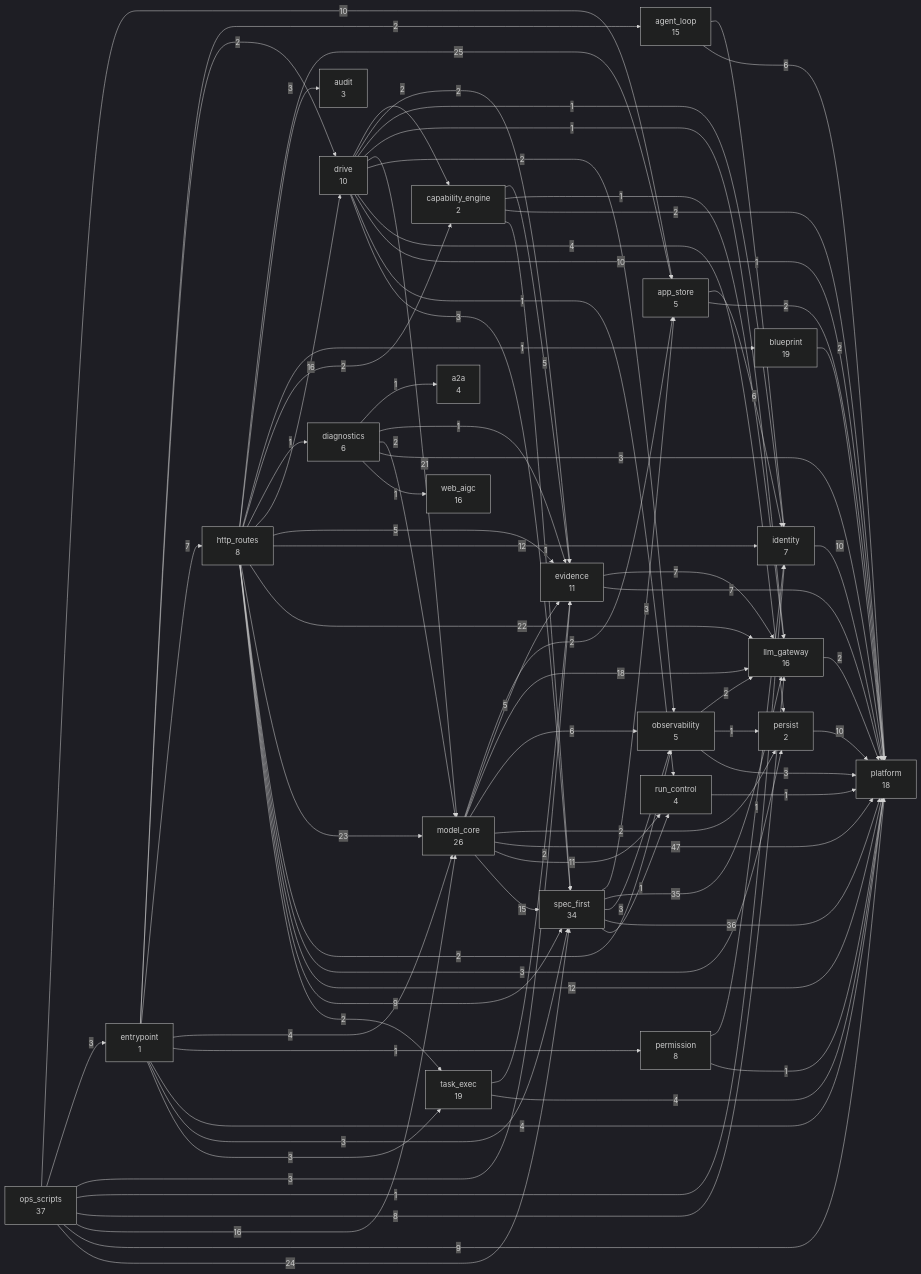
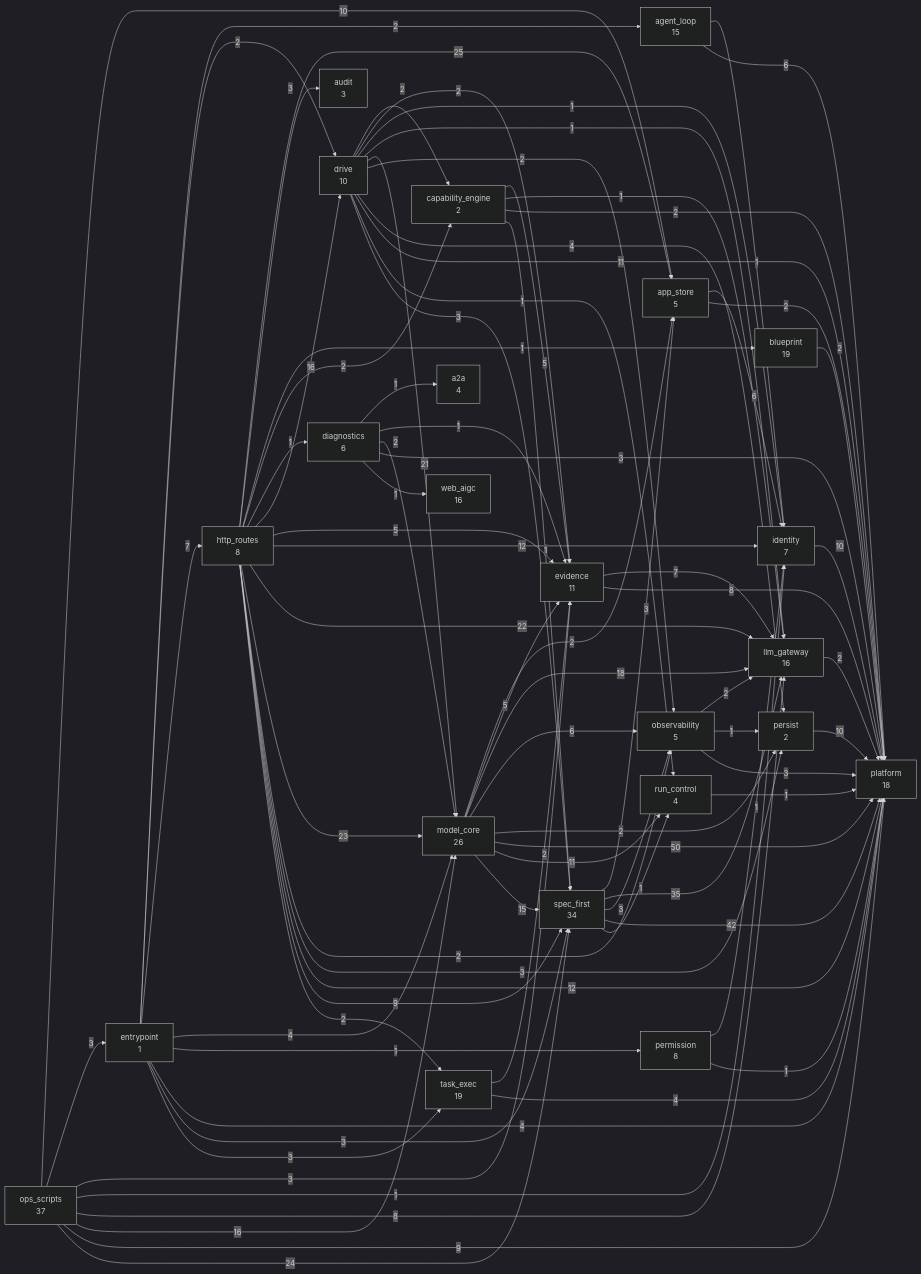
Before and after one commit to 2686521696/WhyBuddy: the second of 2 diagrams in docs/SlideRule V6.2 架构图（自动生成）.md, drawn with Mermaid (dark theme). The commit also changed other lines of this file and 9 other files, not shown here.

```diff
--- a/docs/SlideRule V6.2 架构图（自动生成）.md
+++ b/docs/SlideRule V6.2 架构图（自动生成）.md
@@ -134,7 +134,7 @@
   drive -->|21| model_core
   drive -->|2| observability
   drive -->|4| persist
-  drive -->|10| platform
+  drive -->|11| platform
   drive -->|1| run_control
   drive -->|3| spec_first
   entrypoint -->|2| agent_loop
@@ -146,7 +146,7 @@
   entrypoint -->|3| spec_first
   entrypoint -->|3| task_exec
   evidence -->|7| llm_gateway
-  evidence -->|7| platform
+  evidence -->|8| platform
   http_routes -->|25| app_store
   http_routes -->|3| audit
   http_routes -->|1| blueprint
@@ -169,7 +169,7 @@
   model_core -->|18| llm_gateway
   model_core -->|6| observability
   model_core -->|2| persist
-  model_core -->|47| platform
+  model_core -->|50| platform
   model_core -->|11| run_control
   model_core -->|15| spec_first
   observability -->|2| llm_gateway
@@ -190,7 +190,7 @@
   spec_first -->|3| app_store
   spec_first -->|35| llm_gateway
   spec_first -->|3| observability
-  spec_first -->|36| platform
+  spec_first -->|42| platform
   spec_first -->|1| run_control
   task_exec -->|2| evidence
   task_exec -->|4| platform
```
